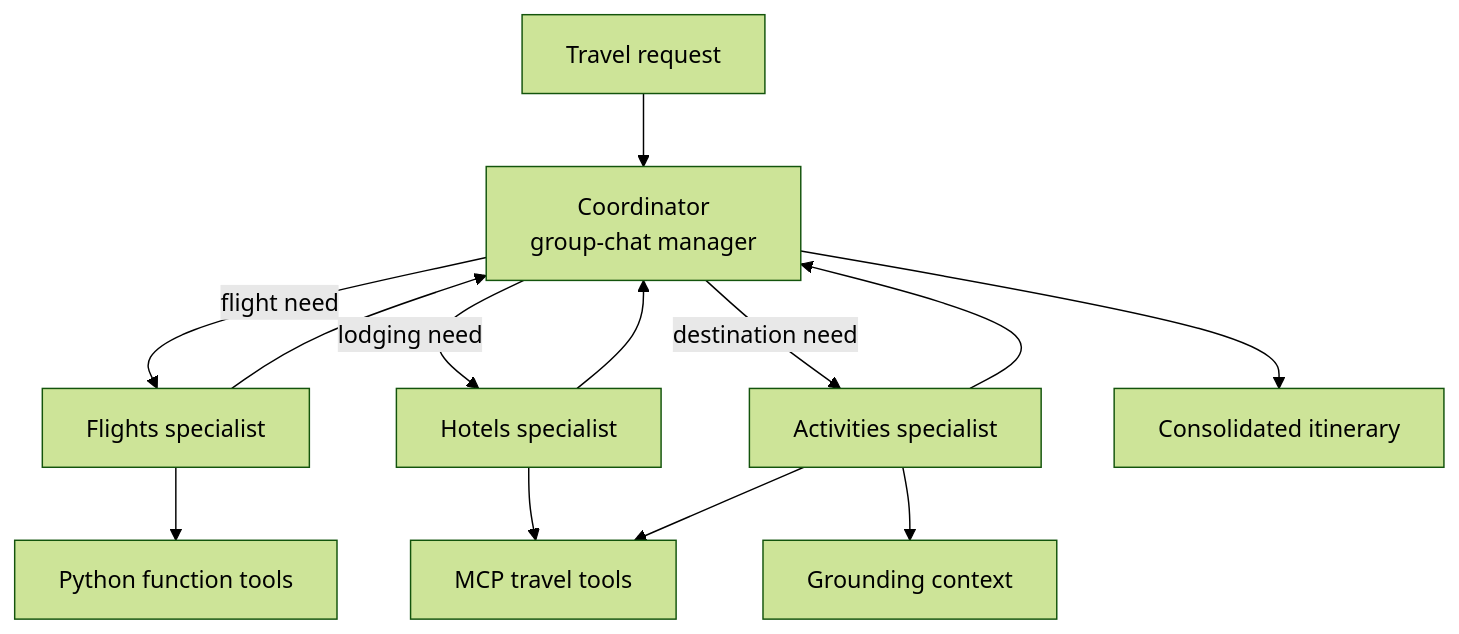
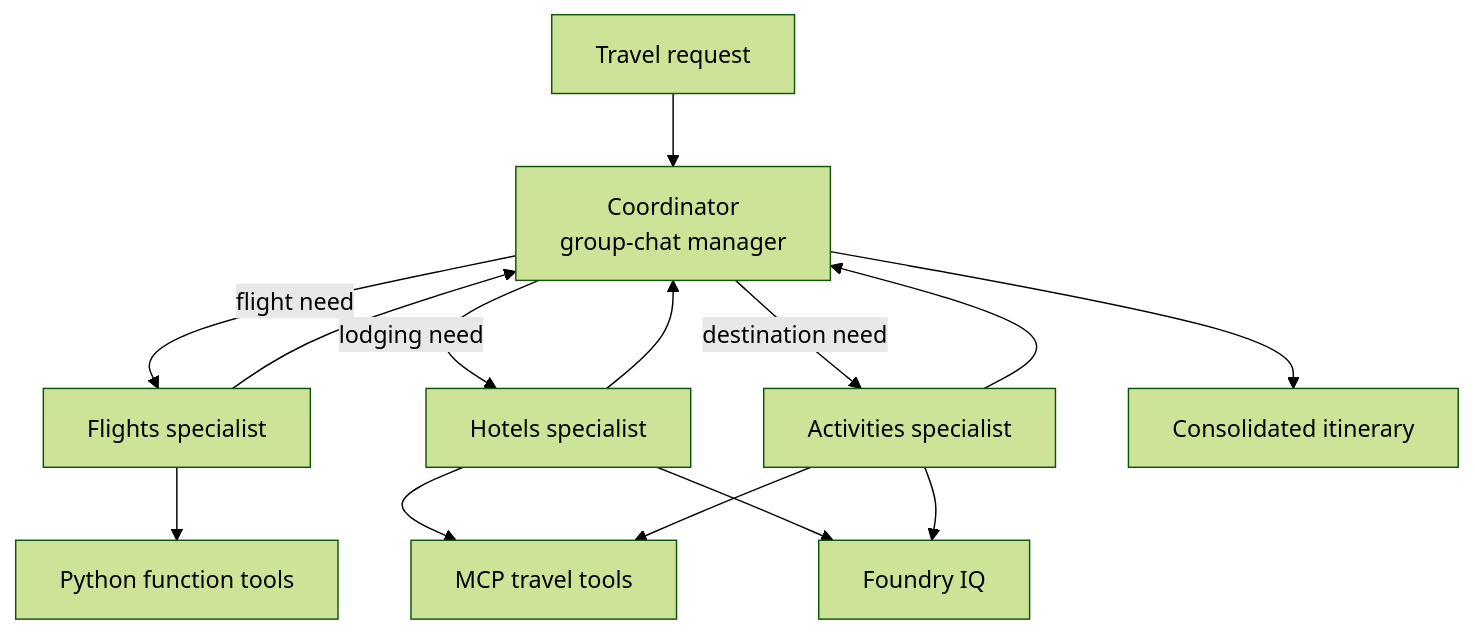
One commit to tmathew1000/foundry-multi-agent-developer-lab changed the third of 5 diagrams in docs/architecture.md. Above: the diagram before and after it, drawn with Mermaid (forest theme). The commit also changed other lines of this file and 37 other files, not shown here.

````diff
--- a/docs/architecture.md
+++ b/docs/architecture.md
@@ -56,16 +59,17 @@
 ```mermaid
 flowchart TB
     R[Travel request] --> C[Coordinator<br/>group-chat manager]
     C -->|flight need| F[Flights specialist]
     C -->|lodging need| H[Hotels specialist]
     C -->|destination need| A[Activities specialist]
     F --> C
     H --> C
     A --> C
     C --> P[Consolidated itinerary]
 
     F --> FN[Python function tools]
     H --> MCP[MCP travel tools]
     A --> MCP
-    A --> G[Grounding context]
+    H --> G[Foundry IQ]
+    A --> G
 ```
````
